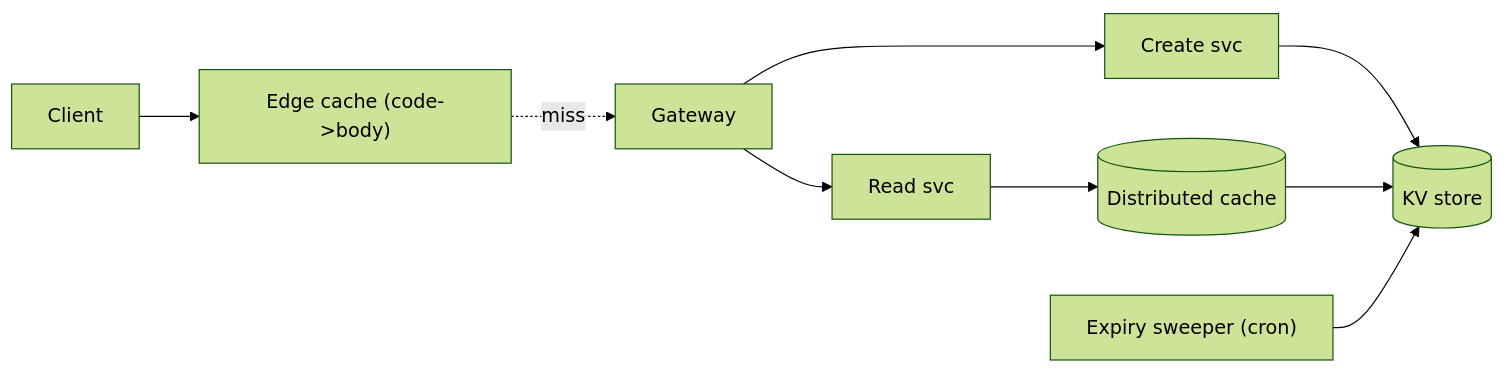
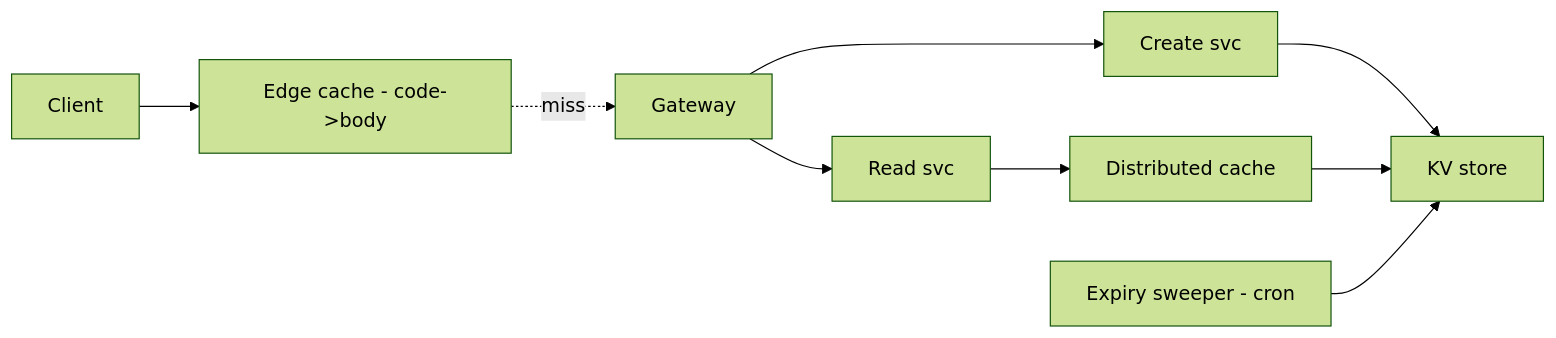
One commit to RIT-MESH/system-design-mastery changed the first of 4 diagrams in case-studies/beginner/paste-service.md. Above: the diagram before and after it, drawn with Mermaid (forest theme). The commit also changed 139 other files, not shown here.

First line of the commit message:
Fix Mermaid parse errors: replace parentheses in node labels across 140 files

````diff
--- a/case-studies/beginner/paste-service.md
+++ b/case-studies/beginner/paste-service.md
@@ -47,11 +47,11 @@
 ```mermaid
 %% created-for: system-design-mastery
 flowchart LR
-  Client --> Edge["Edge cache (code->body)"]
+  Client --> Edge["Edge cache - code->body"]
   Edge -.miss.-> GW["Gateway"]
   GW --> Create["Create svc"]
   GW --> Read["Read svc"]
-  Create --> DB[("KV store")]
-  Read --> Cache[("Distributed cache")] --> DB
-  Sweeper["Expiry sweeper (cron)"] --> DB
+  Create --> DB["KV store"]
+  Read --> Cache["Distributed cache"] --> DB
+  Sweeper["Expiry sweeper - cron"] --> DB
 ```
````
